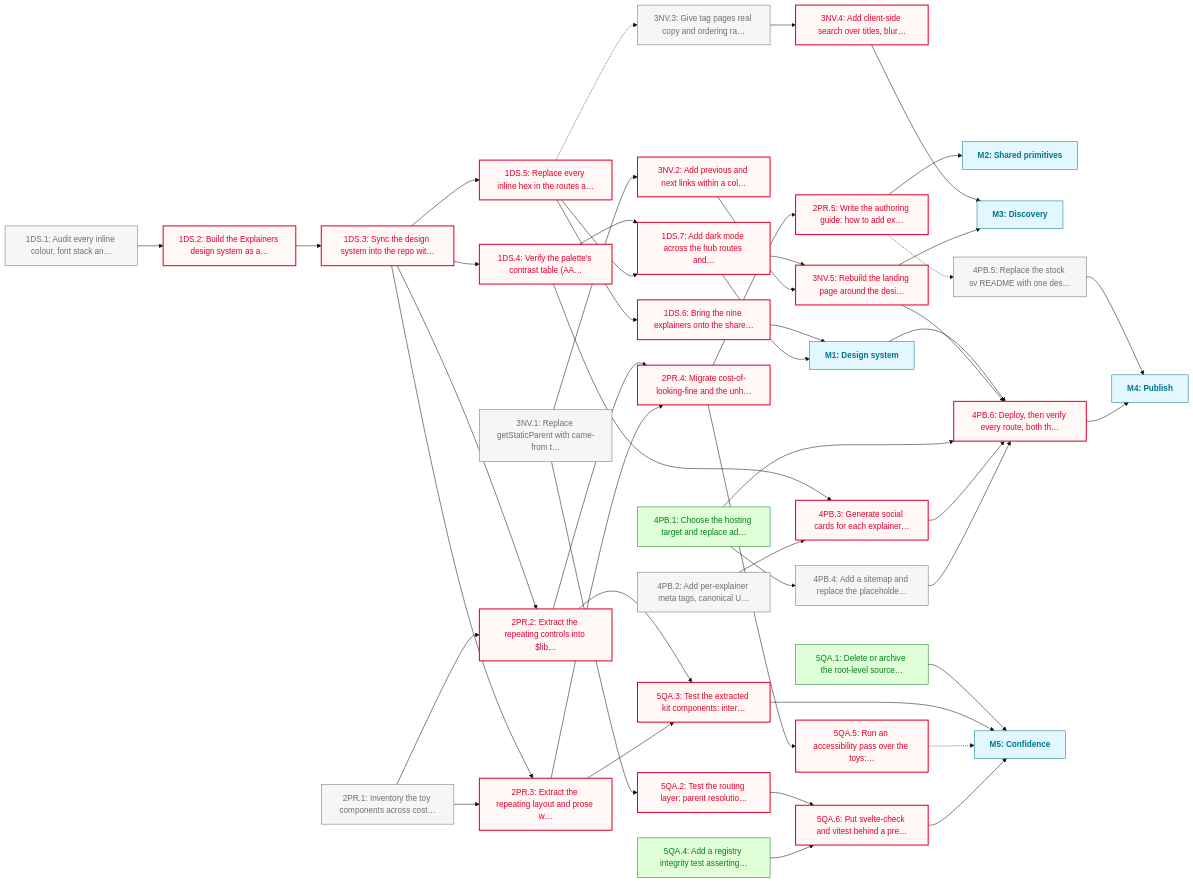
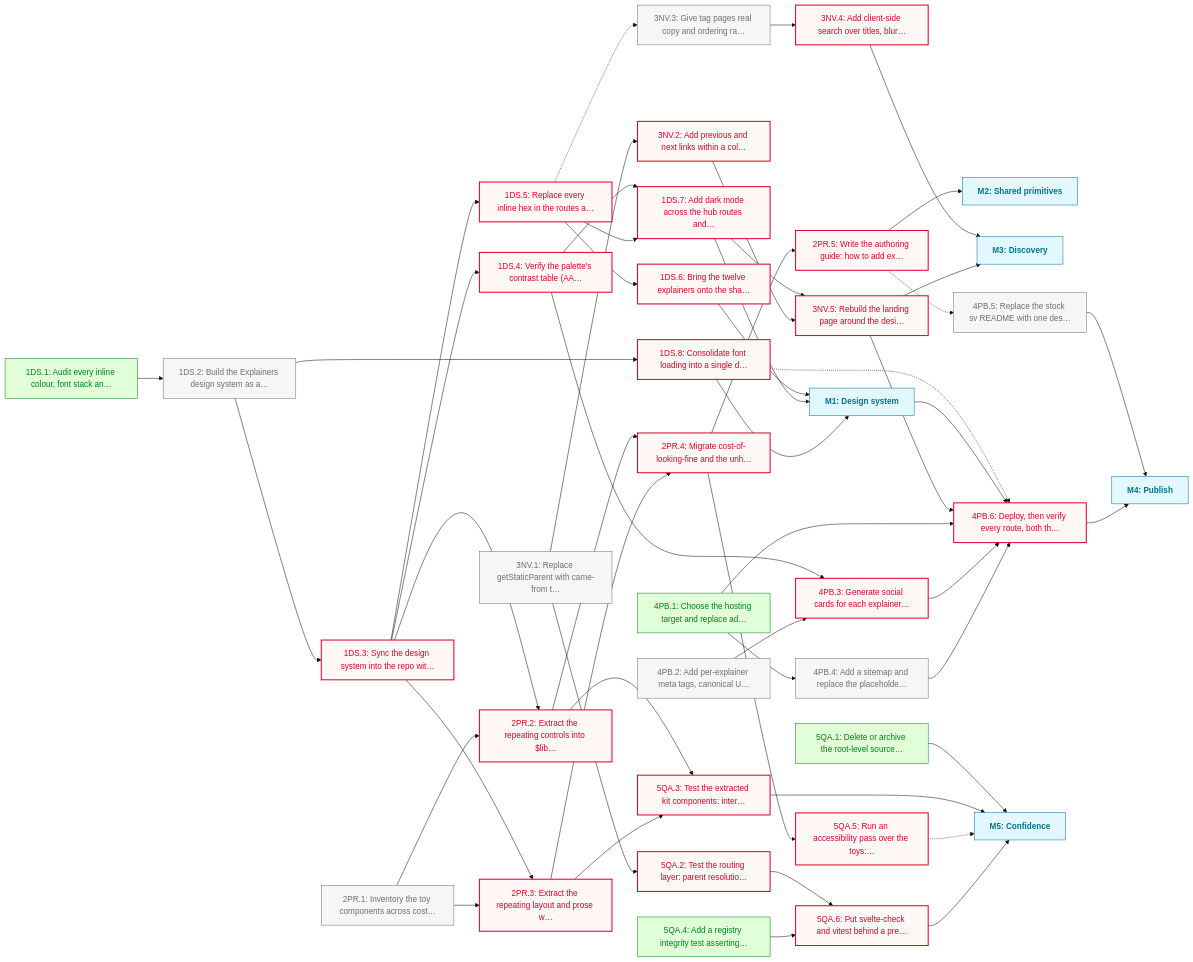
One commit to JasonWarrenUK/explainers changed the diagram in docs/roadmaps/PHASE_1.md. Above: the diagram before and after it, drawn with Mermaid (base theme). The commit also changed other lines of this file and 2 other files, not shown here.

First line of the commit message:
chore(roadmap): mark 1DS.1 done, add 1DS.8 font loading

````diff
--- a/docs/roadmaps/PHASE_1.md
+++ b/docs/roadmaps/PHASE_1.md
@@ -104,8 +106,9 @@
 	1DS.3["1DS.3: Sync the design system into the repo wit…"]
 	1DS.4["1DS.4: Verify the palette's contrast table (AA…"]
 	1DS.5["1DS.5: Replace every inline hex in the routes a…"]
-	1DS.6["1DS.6: Bring the nine explainers onto the share…"]
+	1DS.6["1DS.6: Bring the twelve explainers onto the sha…"]
 	1DS.7["1DS.7: Add dark mode across the hub routes and…"]
+	1DS.8["1DS.8: Consolidate font loading into a single d…"]
 	M1["M1: Design system"]:::mile
 	2PR.1["2PR.1: Inventory the toy components across cost…"]
 	2PR.2["2PR.2: Extract the repeating controls into $lib…"]
@@ -135,6 +138,7 @@
 	M5["M5: Confidence"]:::mile
 	1DS.1 --> 1DS.2
 	1DS.2 --> 1DS.3
+	1DS.2 --> 1DS.8
 	1DS.3 --> 1DS.4
 	1DS.3 --> 1DS.5
 	1DS.3 --> 2PR.2
@@ -147,6 +151,8 @@
 	1DS.6 --> M1
 	1DS.7 --> M1
 	1DS.7 --> 3NV.5
+	1DS.8 --> M1
+	1DS.8 -.-> 4PB.6
 	M1 --> 4PB.6
 	2PR.1 --> 2PR.2
 	2PR.1 --> 2PR.3
@@ -178,7 +184,7 @@
 	5QA.4 --> 5QA.6
 	5QA.5 -.-> M5
 	5QA.6 --> M5
-	class 1DS.1,2PR.1,3NV.1,3NV.3,4PB.2,4PB.4,4PB.5 todo
-	class 1DS.2,1DS.3,1DS.4,1DS.5,1DS.6,1DS.7,2PR.2,2PR.3,2PR.4,2PR.5,3NV.2,3NV.4,3NV.5,4PB.3,4PB.6,5QA.2,5QA.3,5QA.5,5QA.6 blocked
-	class 4PB.1,5QA.1,5QA.4 done
+	class 1DS.2,2PR.1,3NV.1,3NV.3,4PB.2,4PB.4,4PB.5 todo
+	class 1DS.3,1DS.4,1DS.5,1DS.6,1DS.7,1DS.8,2PR.2,2PR.3,2PR.4,2PR.5,3NV.2,3NV.4,3NV.5,4PB.3,4PB.6,5QA.2,5QA.3,5QA.5,5QA.6 blocked
+	class 1DS.1,4PB.1,5QA.1,5QA.4 done
 ```
````
